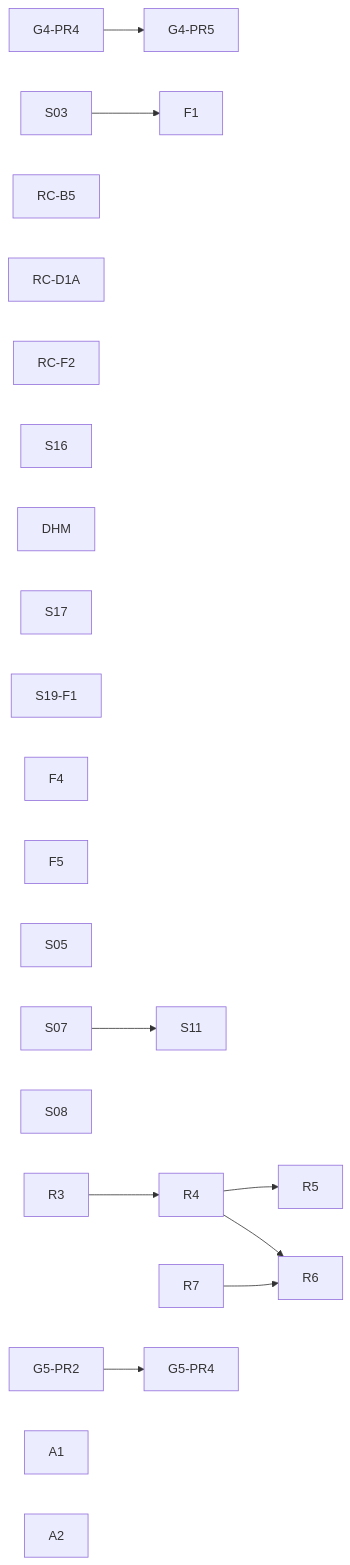
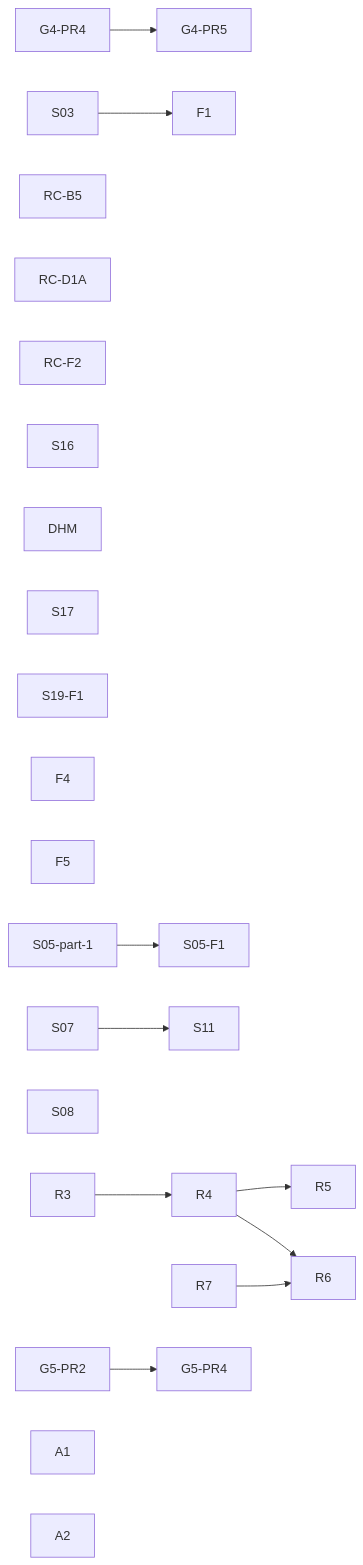
Before and after one commit to dunay2/dvt: the diagram in docs/planning/state/open-task-route.md, drawn with Mermaid. The commit also changed other lines of this file and 5 other files, not shown here.

````diff
--- a/docs/planning/state/open-task-route.md
+++ b/docs/planning/state/open-task-route.md
@@ -65,29 +65,30 @@
 ```mermaid
 flowchart LR
   G44[G4-PR4] --> G45[G4-PR5]
 
   S03[S03] --> F1[F1]
   RC_B5[RC-B5]
   RC_D1A[RC-D1A]
   RC_F2[RC-F2]
   S16[S16]
   DHM[DHM]
 
   S17[S17]
   S19F1[S19-F1]
   F4[F4]
   F5[F5]
-  S05[S05]
+  S05[S05-part-1]
+  S05 --> S05F1[S05-F1]
 
   S07[S07] --> S11[S11]
   S08[S08]
 
   R3[R3] --> R4[R4] --> R5[R5]
   R4 --> R6[R6]
   R7[R7] --> R6
 
   G52[G5-PR2] --> G54[G5-PR4]
   A1[A1]
   A2[A2]
   DHM
 ```
````
